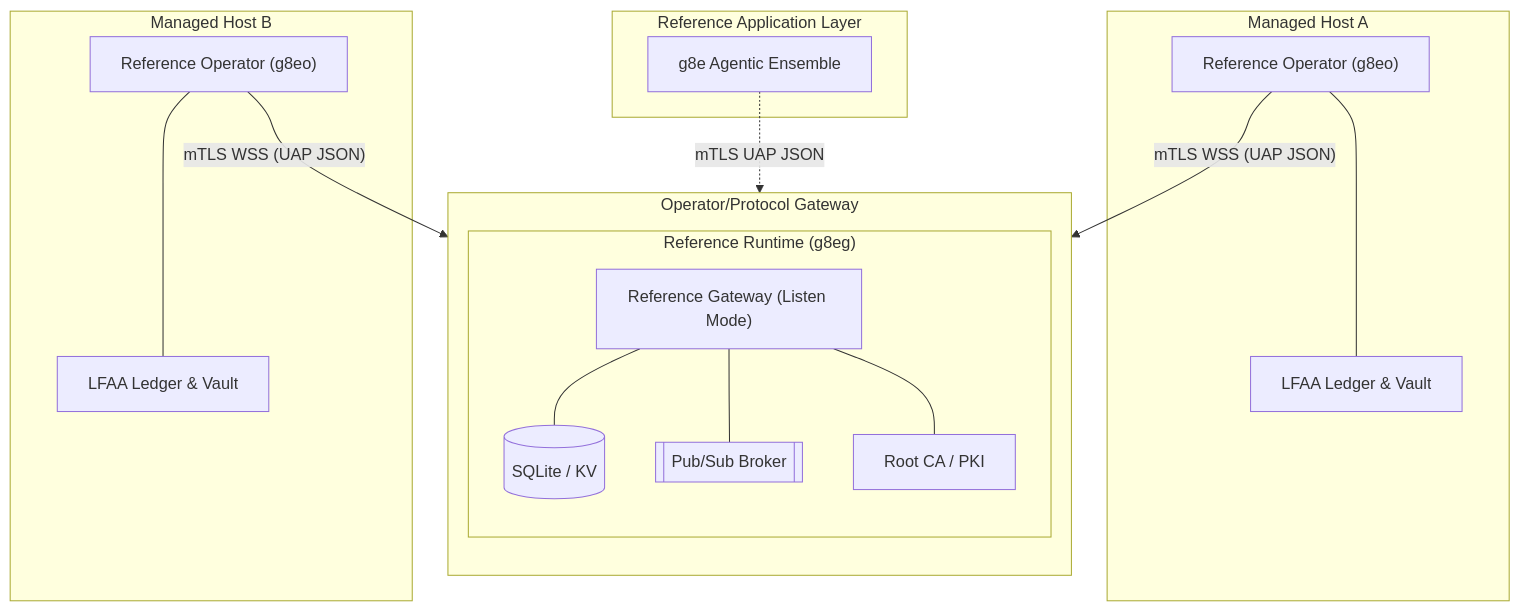
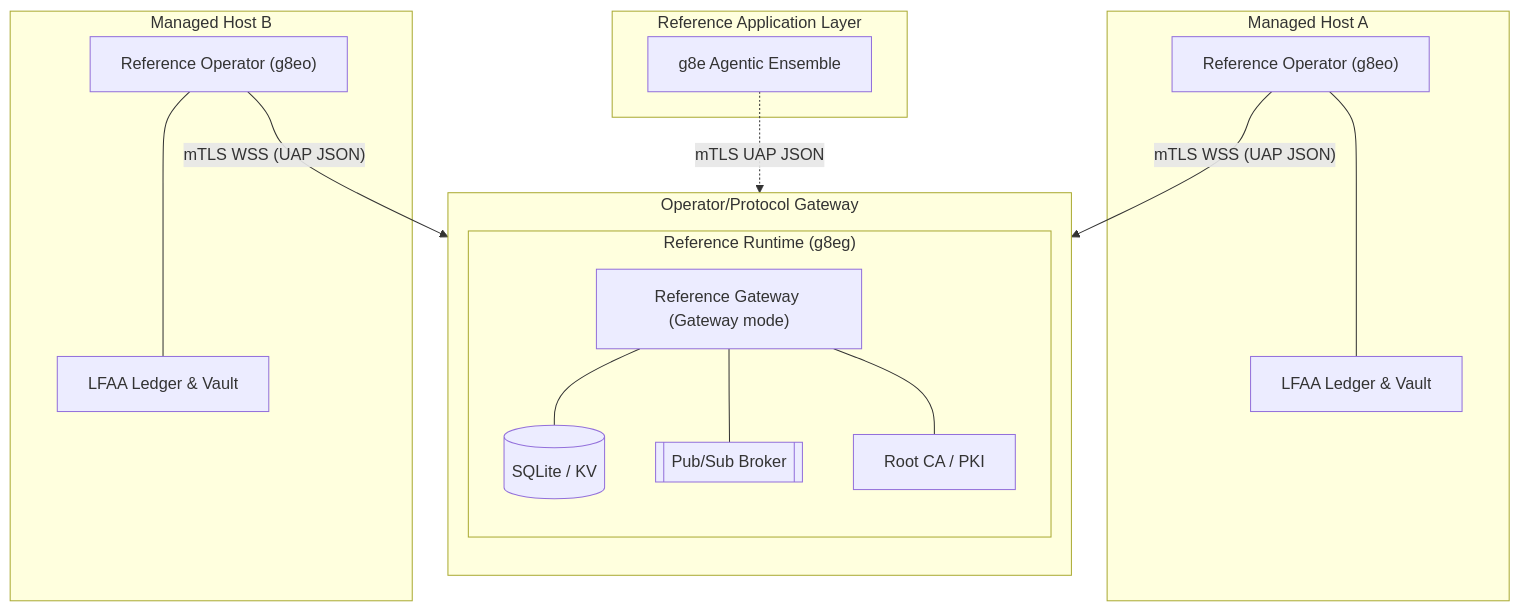
Before and after one commit to g8e-ai/g8e: the first of 2 diagrams in docs/g8eg.md, drawn with Mermaid. The commit also changed other lines of this file and 56 other files, not shown here.

````diff
--- a/docs/g8eg.md
+++ b/docs/g8eg.md
@@ -33,33 +33,33 @@
 ```mermaid
 flowchart TD
     subgraph Hub ["Operator/Protocol Gateway"]
         direction TB
         subgraph Persistence ["Reference Runtime (g8eg)"]
-            listen["Reference Gateway (Listen Mode)"]
+            listen["Reference Gateway (Gateway mode)"]
             db[("SQLite / KV")]
             ps[["Pub/Sub Broker"]]
             ca["Root CA / PKI"]
             
             listen --- db
             listen --- ps
             listen --- ca
         end
     end
 
     subgraph Apps ["Reference Application Layer"]
         g8ee["g8e Agentic Ensemble"]
     end
 
     g8ee -. "mTLS UAP JSON" .-> listen
 
     subgraph EP_A ["Managed Host A"]
         g8eoA["Reference Operator (g8eo)"] --- LFAA_A["LFAA Ledger & Vault"]
     end
 
     subgraph EP_B ["Managed Host B"]
         g8eoB["Reference Operator (g8eo)"] --- LFAA_B["LFAA Ledger & Vault"]
     end
 
     g8eoA -- "mTLS WSS (UAP JSON)" --> listen
     g8eoB -- "mTLS WSS (UAP JSON)" --> listen
 ```
````
